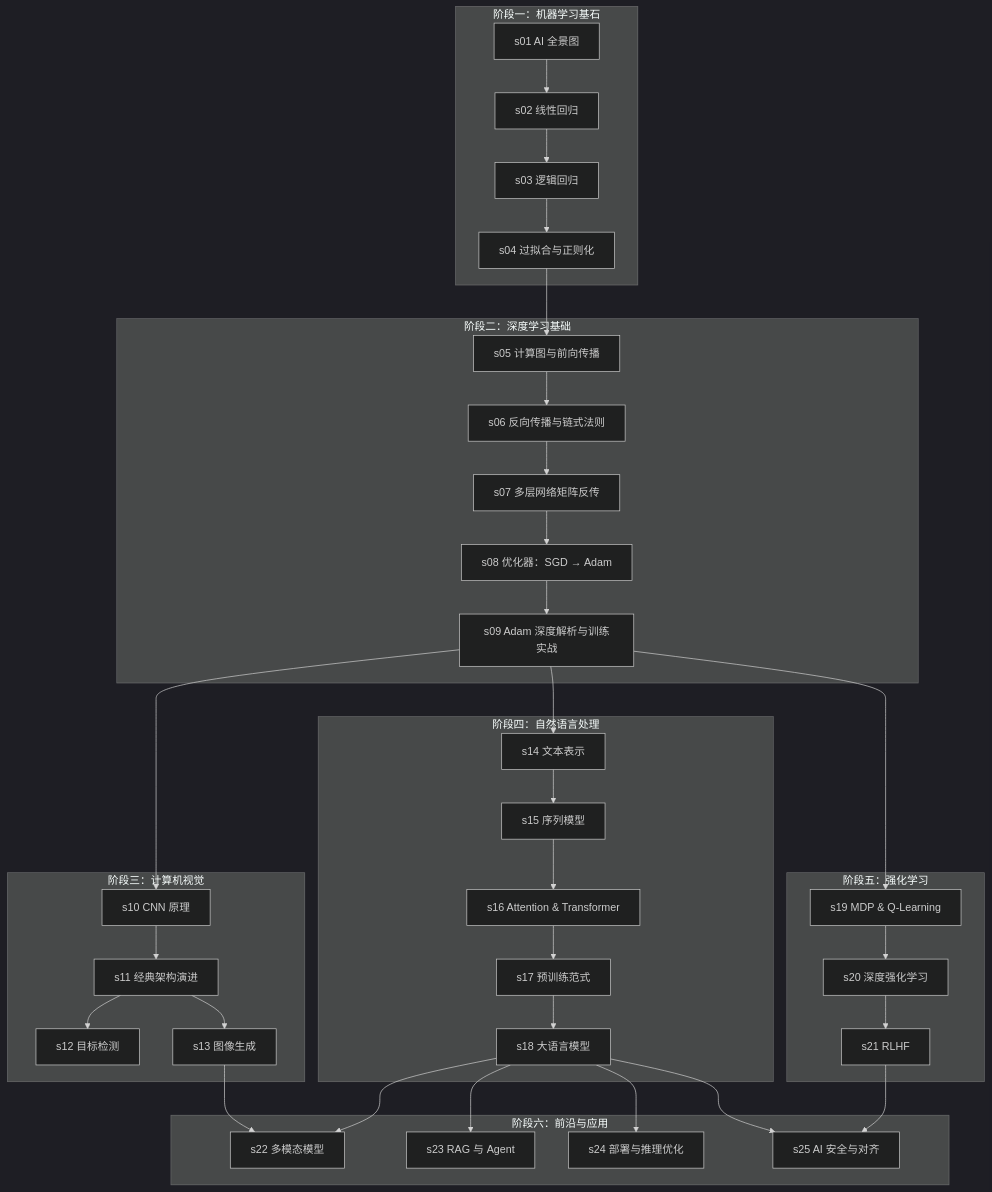
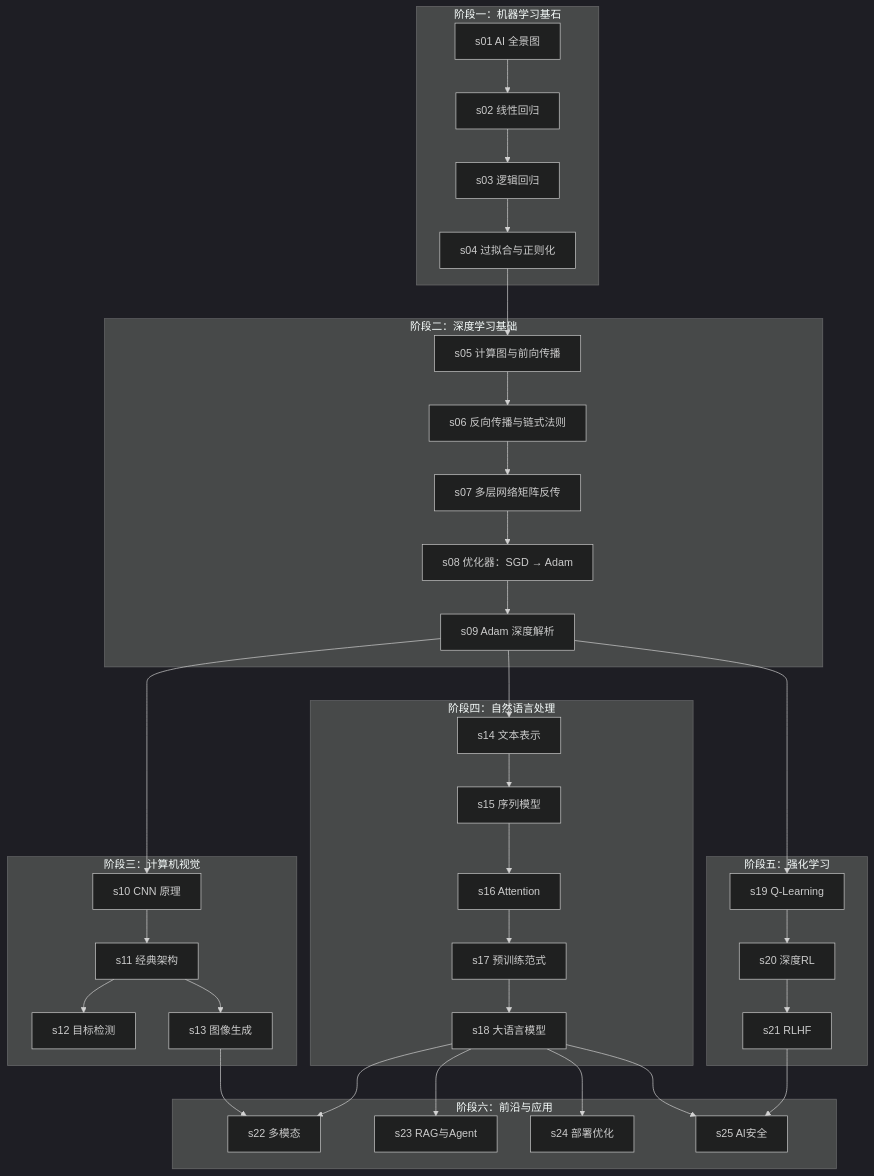
The diagram in README.md (DeconBear/notebook), drawn with Mermaid (dark theme) before and after one commit. The commit also changed other lines of this file, not shown here.

````diff
--- a/README.md
+++ b/README.md
@@ -19,47 +29,47 @@
 ```mermaid
 flowchart TB
     subgraph S1["阶段一：机器学习基石"]
         s01["s01 AI 全景图"] --> s02["s02 线性回归"]
         s02 --> s03["s03 逻辑回归"]
         s03 --> s04["s04 过拟合与正则化"]
     end
 
     subgraph S2["阶段二：深度学习基础"]
         s04 --> s05["s05 计算图与前向传播"]
         s05 --> s06["s06 反向传播与链式法则"]
         s06 --> s07["s07 多层网络矩阵反传"]
         s07 --> s08["s08 优化器：SGD → Adam"]
-        s08 --> s09["s09 Adam 深度解析与训练实战"]
+        s08 --> s09["s09 Adam 深度解析"]
     end
 
     s09 --> s10_cv["s10 CNN 原理"]
     s09 --> s14_nlp["s14 文本表示"]
     s09 --> s19_rl["s19 Q-Learning"]
 
     subgraph S3["阶段三：计算机视觉"]
-        s10_cv["s10 CNN 原理"] --> s11_cv["s11 经典架构演进"]
+        s10_cv --> s11_cv["s11 经典架构"]
         s11_cv --> s12_cv["s12 目标检测"]
         s11_cv --> s13_cv["s13 图像生成"]
     end
 
     subgraph S4["阶段四：自然语言处理"]
-        s14_nlp["s14 文本表示"] --> s15_nlp["s15 序列模型"]
-        s15_nlp --> s16_nlp["s16 Attention & Transformer"]
+        s14_nlp --> s15_nlp["s15 序列模型"]
+        s15_nlp --> s16_nlp["s16 Attention"]
         s16_nlp --> s17_nlp["s17 预训练范式"]
         s17_nlp --> s18_nlp["s18 大语言模型"]
     end
 
     subgraph S5["阶段五：强化学习"]
-        s19_rl["s19 MDP & Q-Learning"] --> s20_rl["s20 深度强化学习"]
+        s19_rl --> s20_rl["s20 深度RL"]
         s20_rl --> s21_rl["s21 RLHF"]
     end
 
     subgraph S6["阶段六：前沿与应用"]
-        s18_nlp --> s22["s22 多模态模型"]
+        s18_nlp --> s22["s22 多模态"]
         s13_cv --> s22
-        s18_nlp --> s23["s23 RAG 与 Agent"]
-        s18_nlp --> s24["s24 部署与推理优化"]
-        s18_nlp --> s25["s25 AI 安全与对齐"]
+        s18_nlp --> s23["s23 RAG与Agent"]
+        s18_nlp --> s24["s24 部署优化"]
+        s18_nlp --> s25["s25 AI安全"]
         s21_rl --> s25
     end
 ```
````
